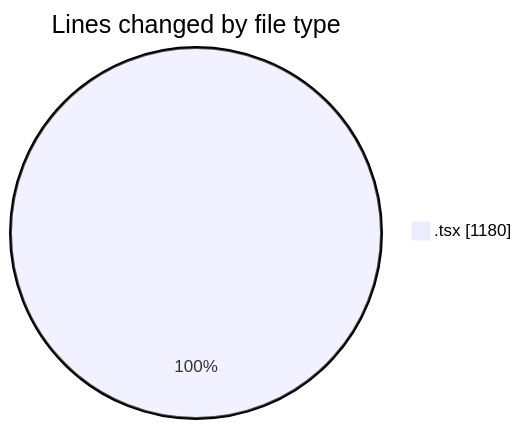
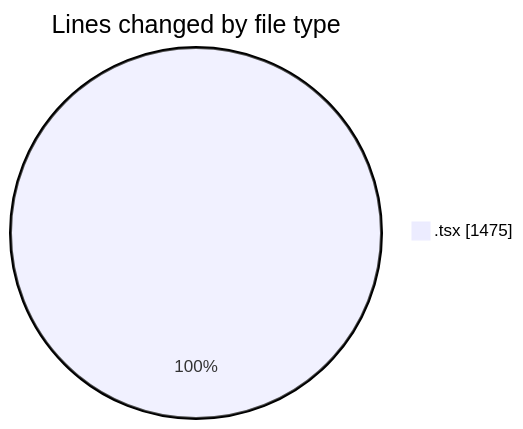
Before and after one commit to nxtqubesakshisongat/code-tracking: the first of 2 diagrams in 2026-07-11/nxtqube_webapp/README.md, drawn with Mermaid. The commit also changed other lines of this file and 1 other file, not shown here.

````diff
--- a/2026-07-11/nxtqube_webapp/README.md
+++ b/2026-07-11/nxtqube_webapp/README.md
@@ -24,5 +25,5 @@
 ```mermaid
 pie showData
 title Lines changed by file type
-".tsx" : 1180
+".tsx" : 1475
 ```
````
